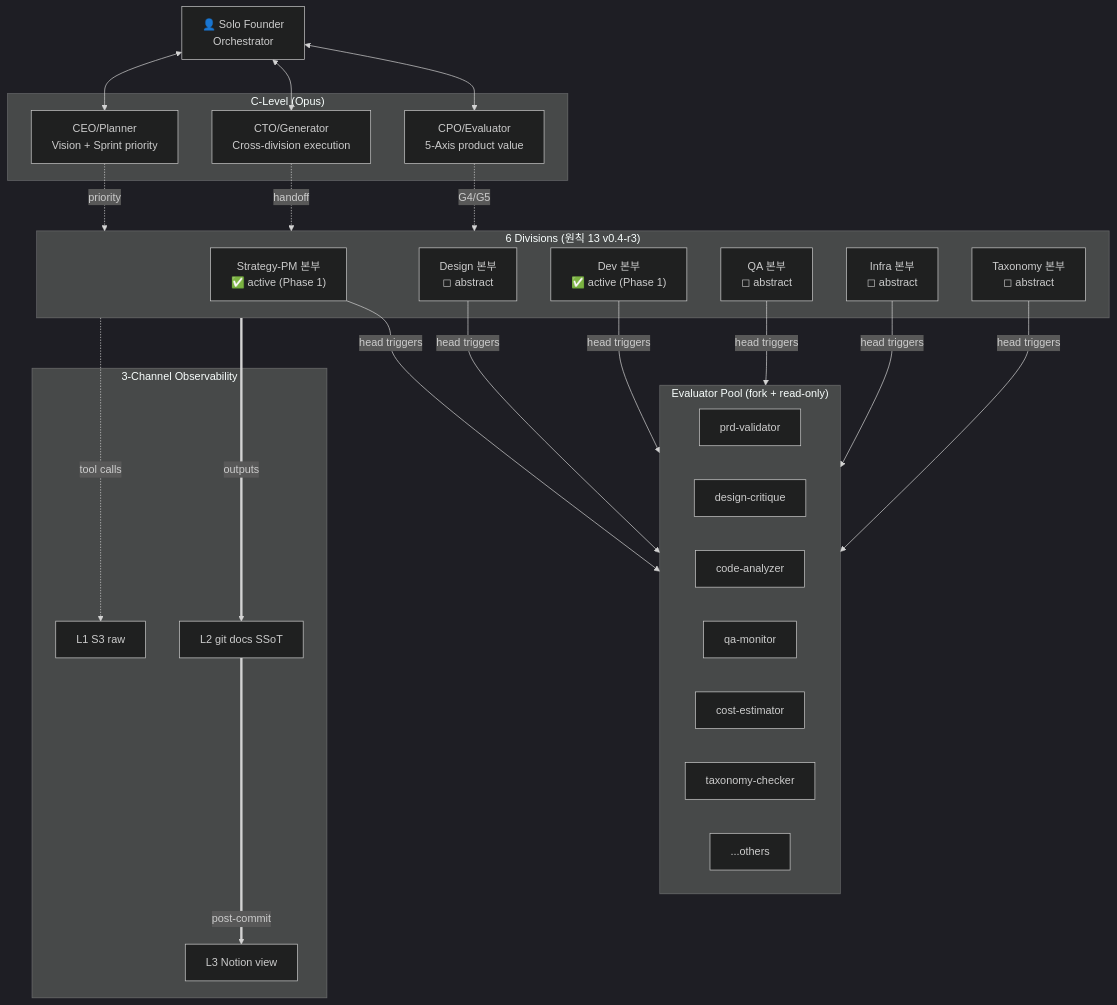
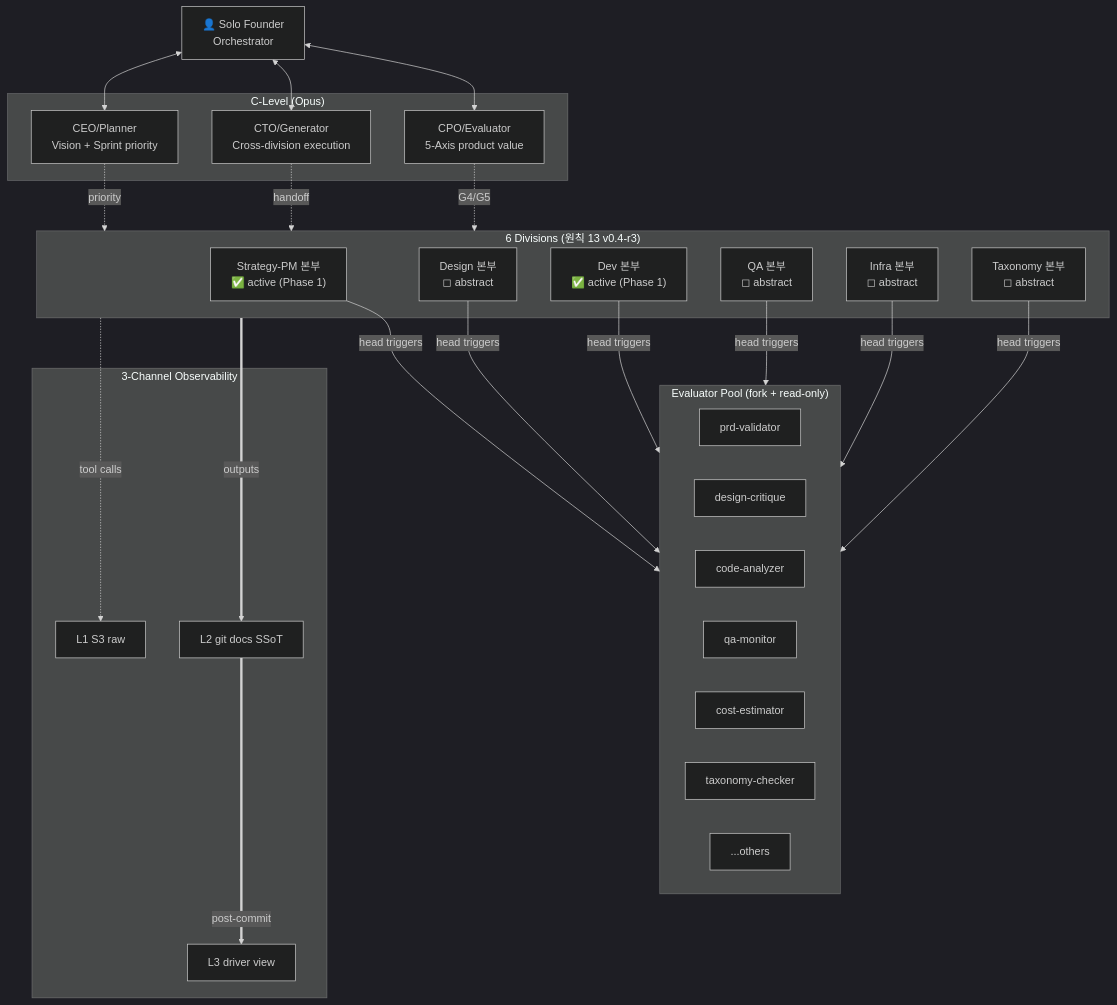
The diagram in 2026-04-19-sfs-v0.4/03-c-level-matrix.md (MJ-0701/solon-mvp), drawn with Mermaid (dark theme) before and after one commit. The commit also changed other lines of this file and 27 other files, not shown here.

````diff
--- a/2026-04-19-sfs-v0.4/03-c-level-matrix.md
+++ b/2026-04-19-sfs-v0.4/03-c-level-matrix.md
@@ -74,54 +74,54 @@
 ```mermaid
 graph TB
     Human[👤 Solo Founder<br/>Orchestrator]
 
     subgraph CLevel["C-Level (Opus)"]
         CEO[CEO/Planner<br/>Vision + Sprint priority]
         CTO[CTO/Generator<br/>Cross-division execution]
         CPO[CPO/Evaluator<br/>5-Axis product value]
     end
 
     subgraph Divisions["6 Divisions (원칙 13 v0.4-r3)"]
         PM["Strategy-PM 본부<br/>✅ active (Phase 1)"]
         DEV["Dev 본부<br/>✅ active (Phase 1)"]
         TAX["Taxonomy 본부<br/>◻ abstract"]
         DSN["Design 본부<br/>◻ abstract"]
         QA["QA 본부<br/>◻ abstract"]
         INF["Infra 본부<br/>◻ abstract"]
     end
 
     subgraph EvalPool["Evaluator Pool (fork + read-only)"]
         EV1[prd-validator]
         EV2[design-critique]
         EV3[code-analyzer]
         EV4[qa-monitor]
         EV5[cost-estimator]
         EV6[taxonomy-checker]
         EVdots[...others]
     end
 
     subgraph Channels["3-Channel Observability"]
         L1[L1 S3 raw]
         L2[L2 git docs SSoT]
-        L3[L3 Notion view]
+        L3[L3 driver view]
     end
 
     Human <--> CEO
     Human <--> CTO
     Human <--> CPO
 
     CEO -.priority.-> Divisions
     CTO -.handoff.-> Divisions
     CPO -.G4/G5.-> Divisions
 
     PM -- head triggers --> EvalPool
     DSN -- head triggers --> EvalPool
     DEV -- head triggers --> EvalPool
     QA -- head triggers --> EvalPool
     INF -- head triggers --> EvalPool
     TAX -- head triggers --> EvalPool
 
     Divisions ==>|outputs| L2
     Divisions -.tool calls.-> L1
     L2 ==>|post-commit| L3
 ```
````
